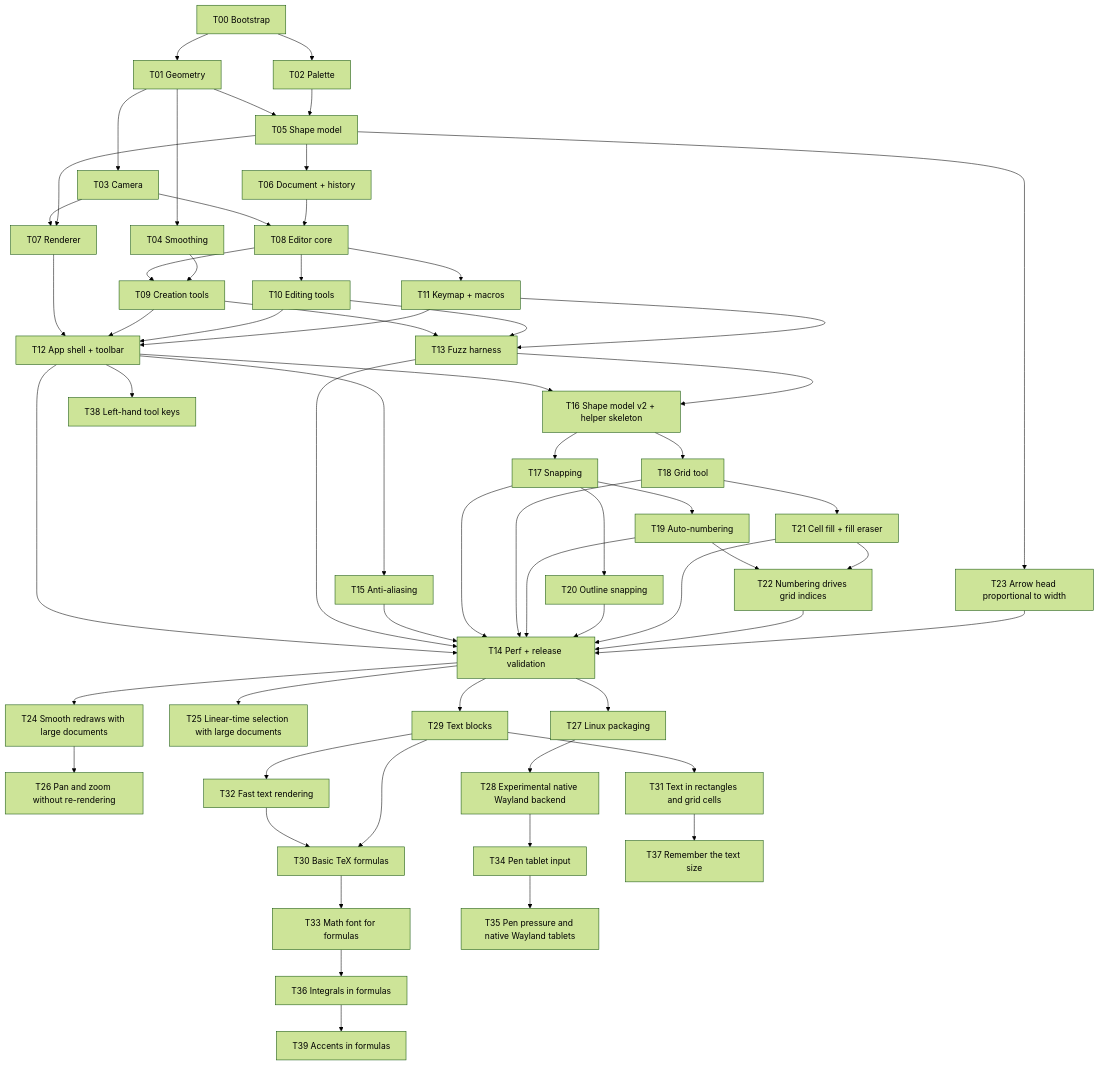
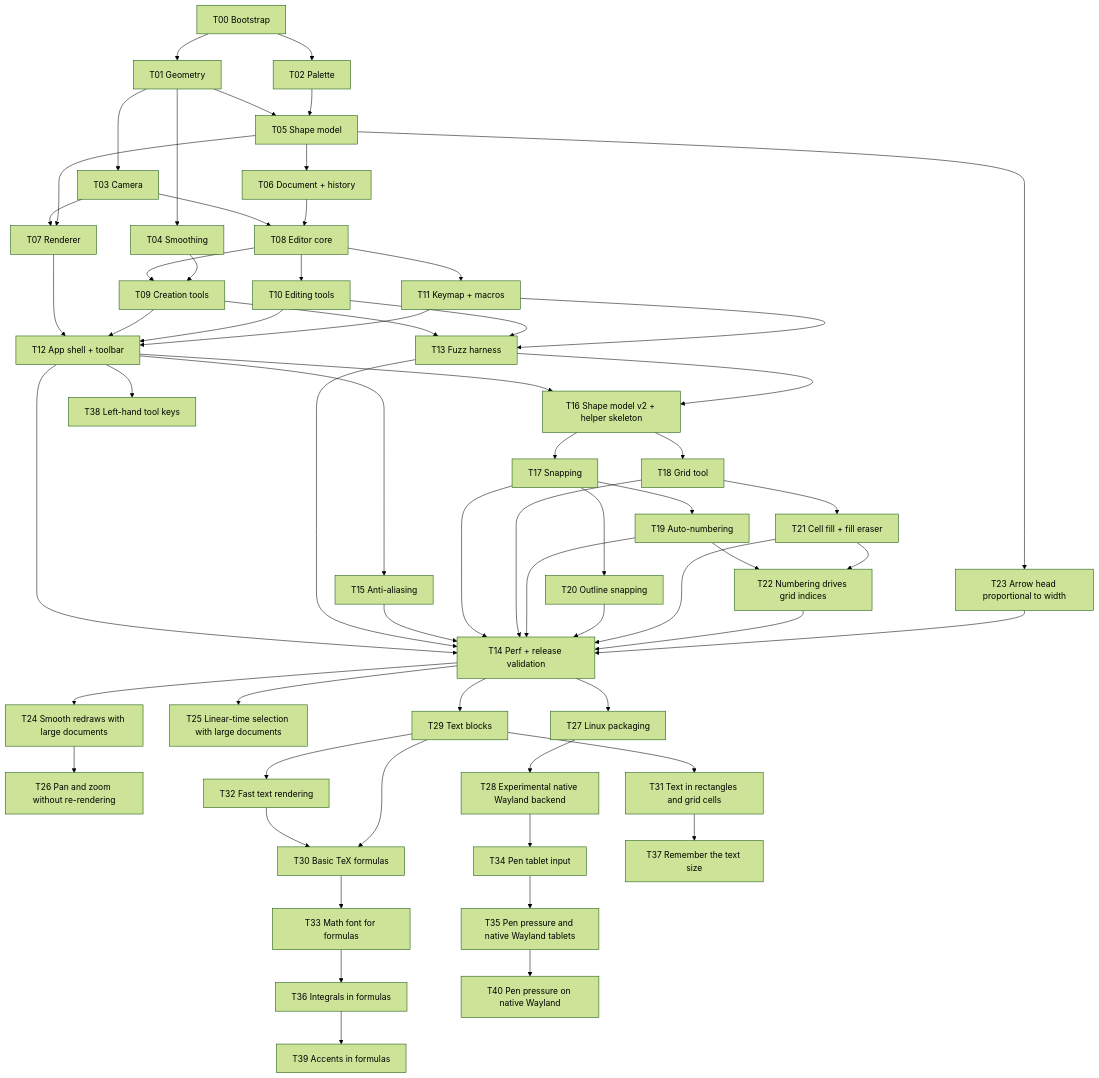
Before and after one commit to UmBender/draw: the diagram in docs/tasks/Task Board.md, drawn with Mermaid (forest theme). The commit also changed other lines of this file and 1 other file, not shown here.

First line of the commit message:
docs: add T40 pen pressure on native Wayland task note

````diff
--- a/docs/tasks/Task Board.md
+++ b/docs/tasks/Task Board.md
@@ -12,63 +12,64 @@
 ```mermaid
 flowchart TD
   T00[T00 Bootstrap] --> T01[T01 Geometry]
   T00 --> T02[T02 Palette]
   T01 --> T03[T03 Camera]
   T01 --> T04[T04 Smoothing]
   T01 --> T05[T05 Shape model]
   T02 --> T05
   T05 --> T06[T06 Document + history]
   T03 --> T07[T07 Renderer]
   T05 --> T07
   T03 --> T08[T08 Editor core]
   T06 --> T08
   T08 --> T09[T09 Creation tools]
   T04 --> T09
   T08 --> T10[T10 Editing tools]
   T08 --> T11[T11 Keymap + macros]
   T07 --> T12[T12 App shell + toolbar]
   T09 --> T12
   T10 --> T12
   T11 --> T12
   T09 --> T13[T13 Fuzz harness]
   T10 --> T13
   T11 --> T13
   T12 --> T14[T14 Perf + release validation]
   T13 --> T14
   T12 --> T15[T15 Anti-aliasing]
   T12 --> T16[T16 Shape model v2 + helper skeleton]
   T13 --> T16
   T16 --> T17[T17 Snapping]
   T16 --> T18[T18 Grid tool]
   T17 --> T19[T19 Auto-numbering]
   T17 --> T20[T20 Outline snapping]
   T15 --> T14
   T17 --> T14
   T18 --> T14
   T19 --> T14
   T20 --> T14
   T18 --> T21[T21 Cell fill + fill eraser]
   T21 --> T14
   T19 --> T22[T22 Numbering drives grid indices]
   T21 --> T22
   T22 --> T14
   T05 --> T23[T23 Arrow head proportional to width]
   T23 --> T14
   T14 --> T24[T24 Smooth redraws with large documents]
   T14 --> T25[T25 Linear-time selection with large documents]
   T24 --> T26[T26 Pan and zoom without re-rendering]
   T14 --> T27[T27 Linux packaging]
   T27 --> T28[T28 Experimental native Wayland backend]
   T14 --> T29[T29 Text blocks]
   T29 --> T32[T32 Fast text rendering]
   T32 --> T30[T30 Basic TeX formulas]
   T29 --> T30
   T29 --> T31[T31 Text in rectangles and grid cells]
   T30 --> T33[T33 Math font for formulas]
   T28 --> T34[T34 Pen tablet input]
   T34 --> T35[T35 Pen pressure and native Wayland tablets]
   T33 --> T36[T36 Integrals in formulas]
   T31 --> T37[T37 Remember the text size]
   T12 --> T38[T38 Left-hand tool keys]
   T36 --> T39[T39 Accents in formulas]
+  T35 --> T40[T40 Pen pressure on native Wayland]
 ```
````
